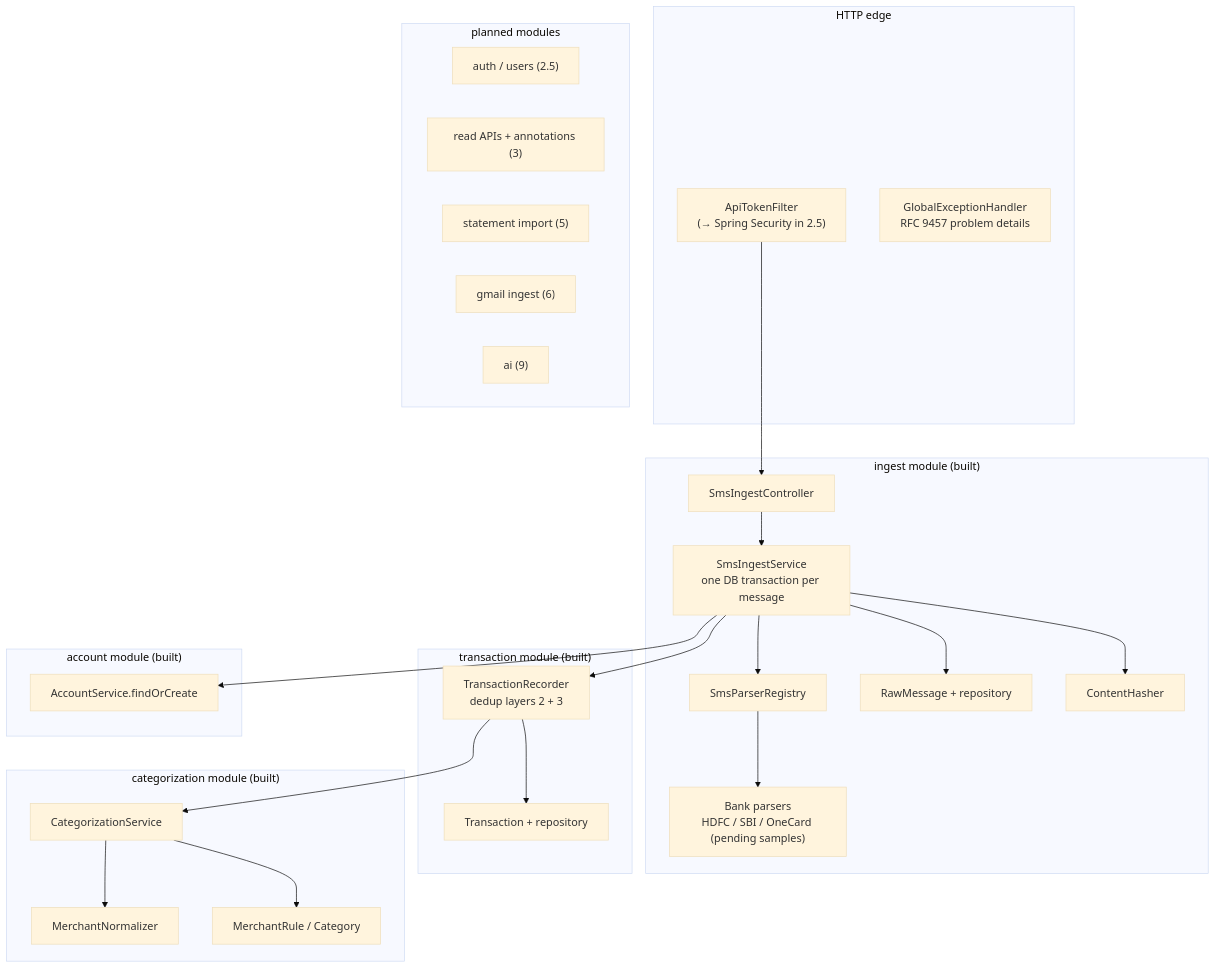
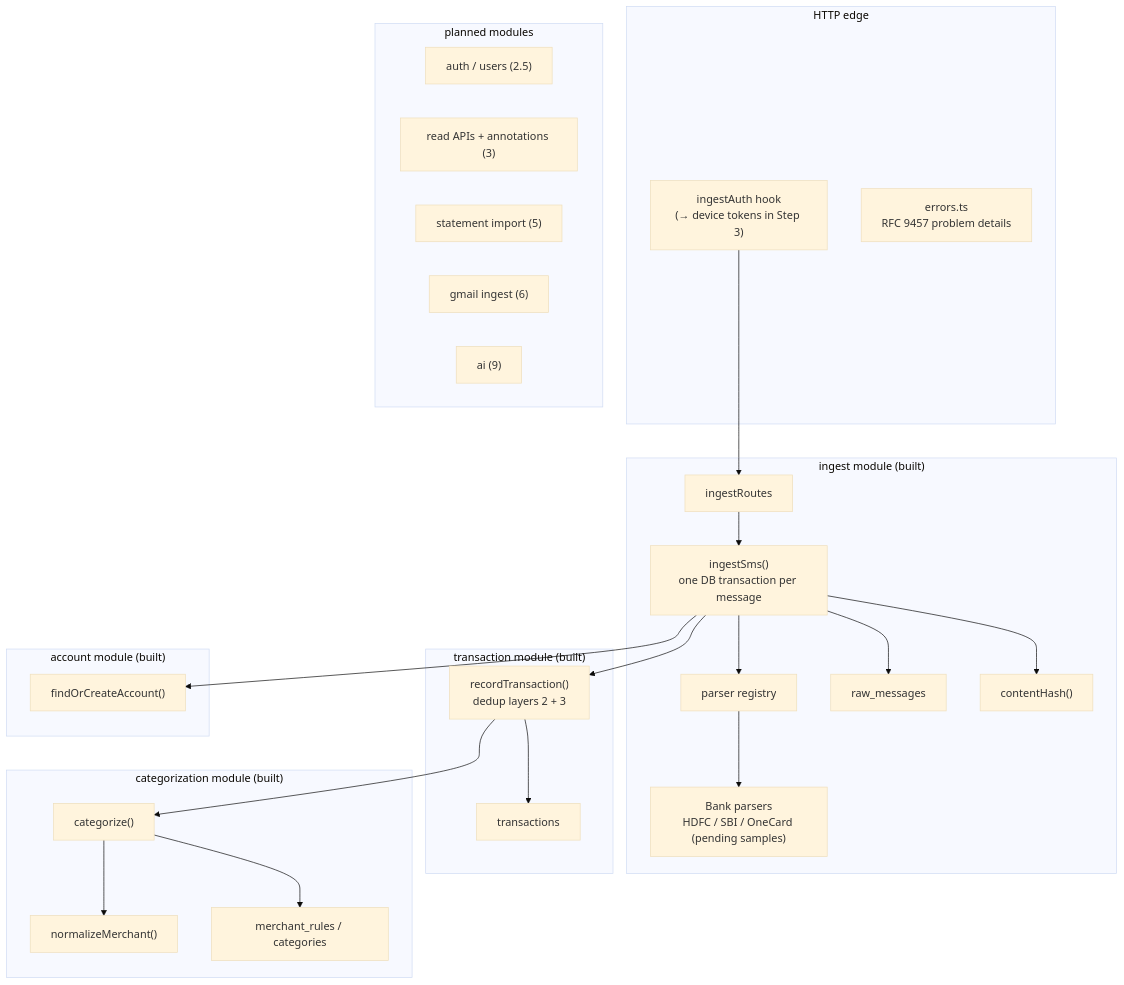
One commit to santoshmanaguli/finance-tracker changed the second of 5 diagrams in docs/architecture.md. Above: the diagram before and after it, drawn with Mermaid (base theme). The commit also changed other lines of this file and 107 other files, not shown here.

First line of the commit message:
Step 1: port backend from Java/Spring Boot to Node + TypeScript + Fastify

````diff
--- a/docs/architecture.md
+++ b/docs/architecture.md
@@ -48,48 +48,48 @@
 ```mermaid
 flowchart TB
     subgraph web["HTTP edge"]
-        F["ApiTokenFilter<br/>(→ Spring Security in 2.5)"]
-        EH["GlobalExceptionHandler<br/>RFC 9457 problem details"]
+        F["ingestAuth hook<br/>(→ device tokens in Step 3)"]
+        EH["errors.ts<br/>RFC 9457 problem details"]
     end
 
     subgraph ingest["ingest module (built)"]
-        IC["SmsIngestController"]
-        IS["SmsIngestService<br/>one DB transaction per message"]
-        REG["SmsParserRegistry"]
+        IC["ingestRoutes"]
+        IS["ingestSms()<br/>one DB transaction per message"]
+        REG["parser registry"]
         P["Bank parsers<br/>HDFC / SBI / OneCard (pending samples)"]
-        RM["RawMessage + repository"]
-        CH["ContentHasher"]
+        RM["raw_messages"]
+        CH["contentHash()"]
     end
 
     subgraph txn["transaction module (built)"]
-        TR["TransactionRecorder<br/>dedup layers 2 + 3"]
-        T["Transaction + repository"]
+        TR["recordTransaction()<br/>dedup layers 2 + 3"]
+        T["transactions"]
     end
 
     subgraph acct["account module (built)"]
-        AS["AccountService.findOrCreate"]
+        AS["findOrCreateAccount()"]
     end
 
     subgraph cat["categorization module (built)"]
-        CS["CategorizationService"]
-        MN["MerchantNormalizer"]
-        MR["MerchantRule / Category"]
+        CS["categorize()"]
+        MN["normalizeMerchant()"]
+        MR["merchant_rules / categories"]
     end
 
     subgraph planned["planned modules"]
         AU["auth / users (2.5)"]
         Q["read APIs + annotations (3)"]
         ST["statement import (5)"]
         GI["gmail ingest (6)"]
         AI["ai (9)"]
     end
 
     F --> IC --> IS
     IS --> CH
     IS --> REG --> P
     IS --> AS
     IS --> TR --> CS --> MN
     CS --> MR
     TR --> T
     IS --> RM
 ```
````
